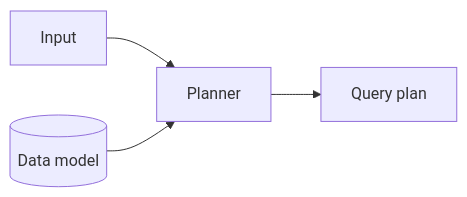
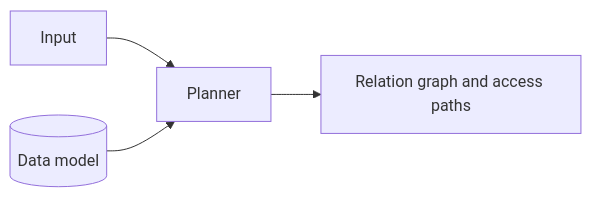
One commit to gitlabhq/orbit-knowledge-graph changed the sixth of 26 diagrams in docs/pages/engineering/architecture/query-engine.md. Above: the diagram before and after it, drawn with Mermaid. The commit also changed other lines of this file and 2 other files, not shown here.

Commit message:
docs(architecture): tighten the querying pages and add the engine walkthrough

````diff
--- a/docs/pages/engineering/architecture/query-engine.md
+++ b/docs/pages/engineering/architecture/query-engine.md
@@ -85,6 +181,6 @@
 ```mermaid
 flowchart LR
     Input --> Planner
     Model[(Data model)] --> Planner
-    Planner --> Plan[Query plan]
+    Planner --> Plan[Relation graph and access paths]
 ```
````
